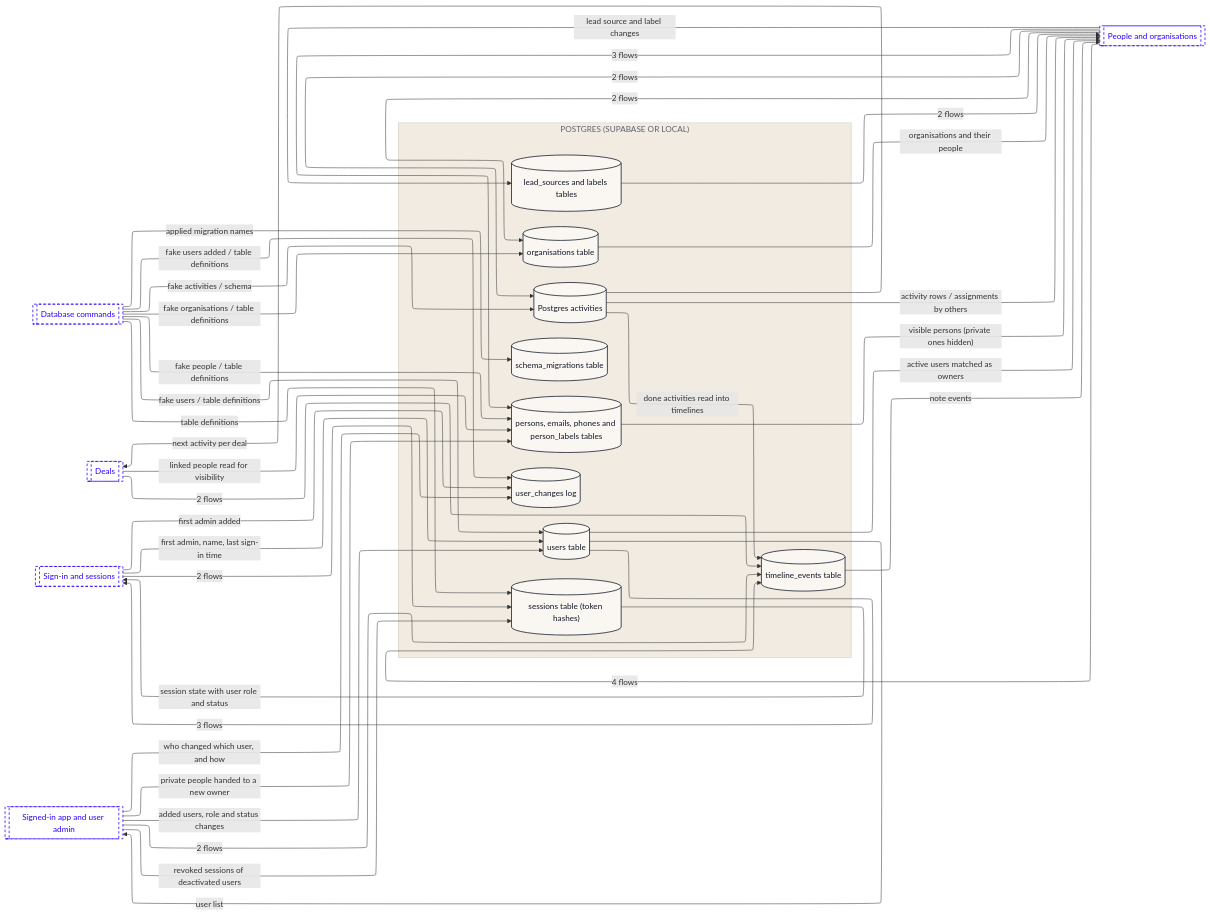
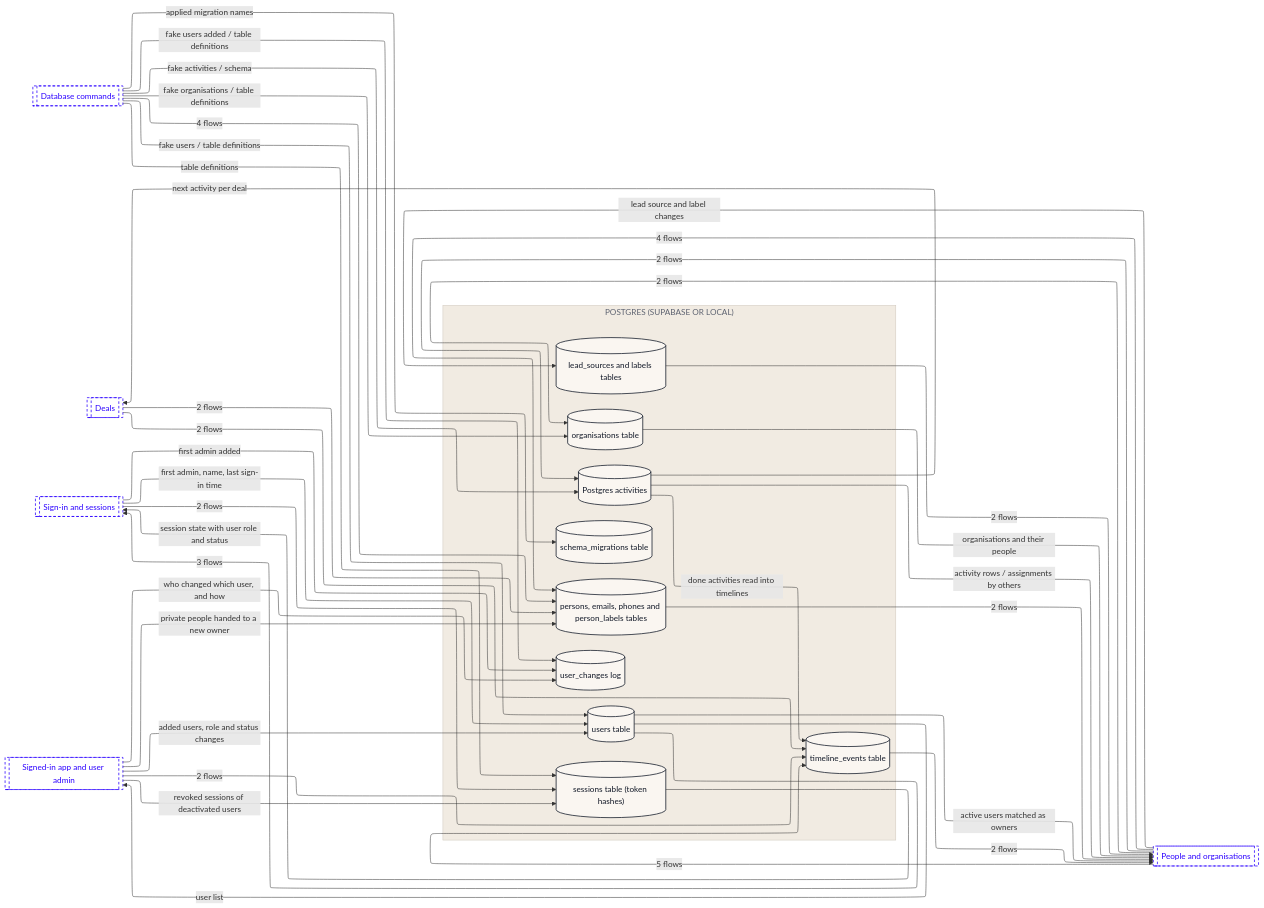
The third of 10 diagrams in dataflow/DATAFLOW.md (Romain-Perche/Barnacle-Pipe), drawn with Mermaid before and after one commit. The commit also changed other lines of this file and 11 other files, not shown here.

````diff
--- a/dataflow/DATAFLOW.md
+++ b/dataflow/DATAFLOW.md
@@ -146,65 +147,65 @@
 ```mermaid
 ---
 config:
   layout: elk
 ---
 flowchart LR
     subgraph z1["POSTGRES (SUPABASE OR LOCAL)"]
         n1[("Postgres activities")]
         n2[("lead_sources and labels tables")]
         n3[("organisations table")]
         n4[("persons, emails, phones and person_labels tables")]
         n5[("schema_migrations table")]
         n6[("sessions table (token hashes)")]
         n7[("timeline_events table")]
         n8[("user_changes log")]
         n9[("users table")]
     end
     n10[["Database commands"]]
     n11[["Deals"]]
     n12[["People and organisations"]]
     n13[["Sign-in and sessions"]]
     n14[["Signed-in app and user admin"]]
     n12 -->|"2 flows"| n1
-    n12 -->|"3 flows"| n4
+    n12 -->|"4 flows"| n4
     n1 -->|"activity rows / assignments by others"| n12
     n1 -->|"next activity per deal"| n11
     n1 -->|"done activities read into timelines"| n7
     n12 -->|"lead source and label changes"| n2
     n2 -->|"2 flows"| n12
     n13 -->|"2 flows"| n6
     n13 -->|"first admin added"| n8
     n13 -->|"first admin, name, last sign-in time"| n9
     n12 -->|"2 flows"| n3
-    n12 -->|"4 flows"| n7
-    n11 -->|"linked people read for visibility"| n4
+    n12 -->|"5 flows"| n7
+    n11 -->|"2 flows"| n4
     n11 -->|"2 flows"| n7
     n10 -->|"fake activities / schema"| n1
     n10 -->|"fake organisations / table definitions"| n3
-    n10 -->|"fake people / table definitions"| n4
+    n10 -->|"4 flows"| n4
     n10 -->|"applied migration names"| n5
     n10 -->|"table definitions"| n6
     n10 -->|"fake users added / table definitions"| n8
     n10 -->|"fake users / table definitions"| n9
     n3 -->|"organisations and their people"| n12
-    n4 -->|"visible persons (private ones hidden)"| n12
+    n4 -->|"2 flows"| n12
     n6 -->|"session state with user role and status"| n13
-    n7 -->|"note events"| n12
+    n7 -->|"2 flows"| n12
     n14 -->|"private people handed to a new owner"| n4
     n14 -->|"revoked sessions of deactivated users"| n6
     n14 -->|"2 flows"| n7
     n14 -->|"who changed which user, and how"| n8
     n14 -->|"added users, role and status changes"| n9
     n9 -->|"3 flows"| n13
     n9 -->|"active users matched as owners"| n12
     n9 -->|"user list"| n14
     classDef actor fill:#FFFFFF,stroke:#111827,stroke-width:1px,color:#111827
     classDef process fill:#EDEAFF,stroke:#2B00FF,stroke-width:1.5px,color:#111827
     classDef store fill:#FAF6F1,stroke:#111827,stroke-width:1.5px,color:#111827
     classDef zone fill:#1A1A1A,stroke:#1A1A1A,color:#FFFFFF
     classDef group fill:#2B00FF,stroke:#2B00FF,color:#FFFFFF
     classDef stub fill:#FFFFFF,stroke:#2B00FF,stroke-width:1.5px,stroke-dasharray:5 4,color:#2B00FF
     class n1,n2,n3,n4,n5,n6,n7,n8,n9 store
     class n10,n11,n12,n13,n14 stub
     style z1 fill:#F1EBE2,stroke:#CFC7BB,color:#5D6270
 ```
````
